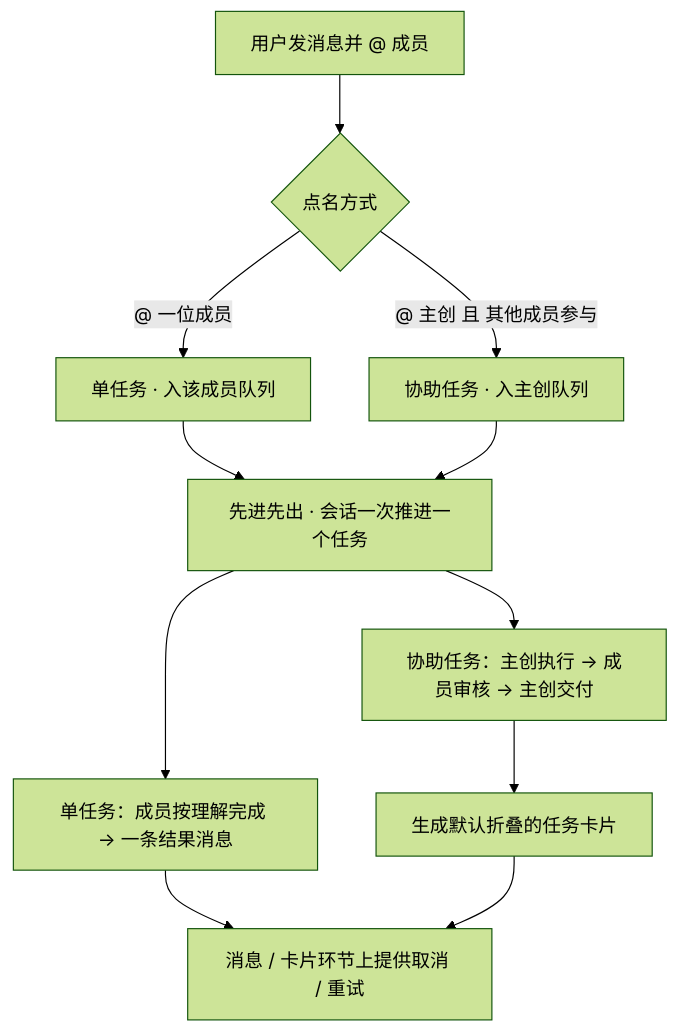
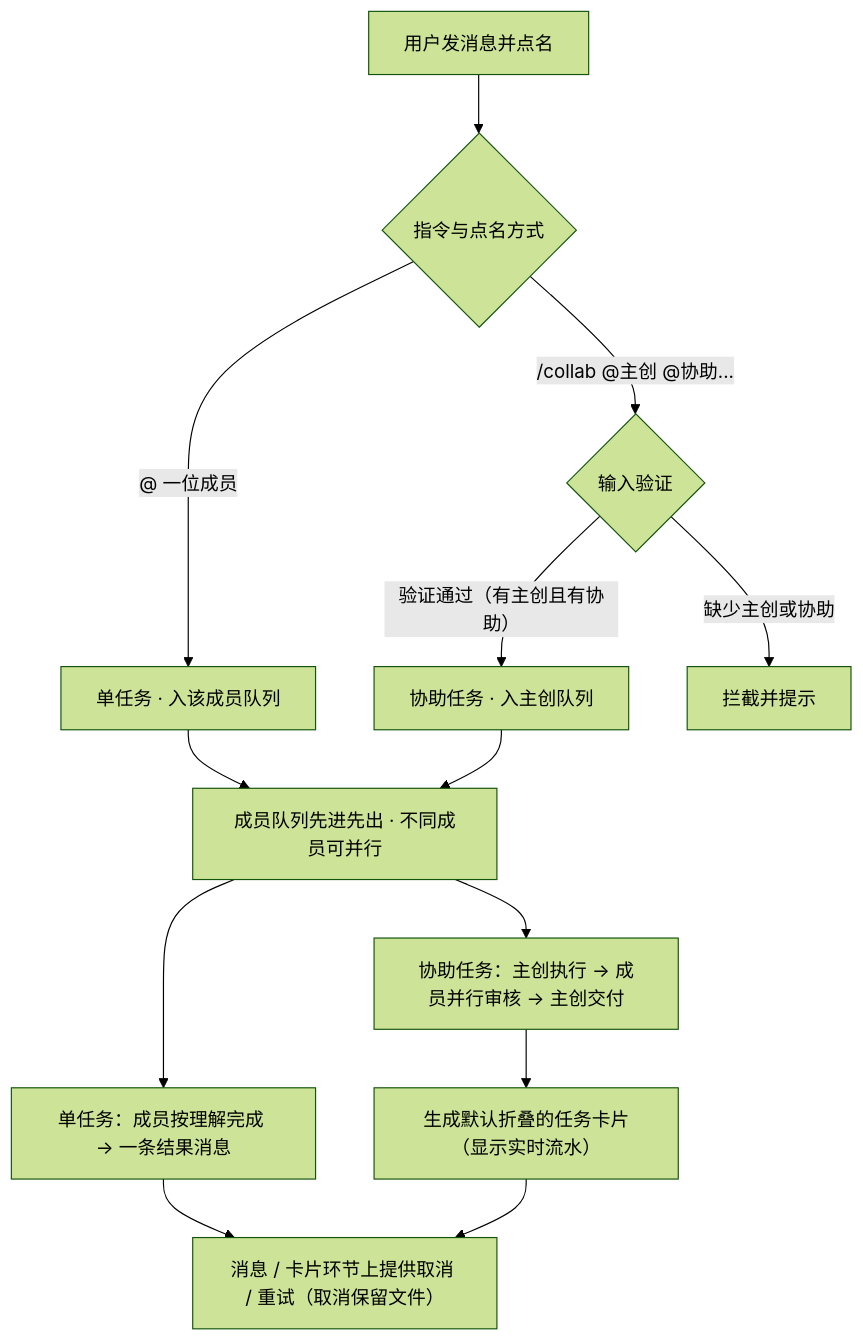
Before and after one commit to BinaryAlan/ai-atelier: the first of 2 diagrams in docs/task-review-protocol.md, drawn with Mermaid (forest theme). The commit also changed other lines of this file, not shown here.

Commit message:
docs: refine task review protocol with /collab validation, parallel member queues, and workspace panel

````diff
--- a/docs/task-review-protocol.md
+++ b/docs/task-review-protocol.md
@@ -240,13 +241,15 @@
 ```mermaid
 flowchart TD
-    U["用户发消息并 @ 成员"] --> T{"点名方式"}
+    U["用户发消息并点名"] --> T{"指令与点名方式"}
     T -->|"@ 一位成员"| S["单任务 · 入该成员队列"]
-    T -->|"@ 主创 且 其他成员参与"| C["协助任务 · 入主创队列"]
-    S --> Q["先进先出 · 会话一次推进一个任务"]
-    C --> Q
+    T -->|"/collab @主创 @协助..."| C{"输入验证"}
+    C -->|"验证通过（有主创且有协助）"| CQ["协助任务 · 入主创队列"]
+    C -->|"缺少主创或协助"| CE["拦截并提示"]
+    S --> Q["成员队列先进先出 · 不同成员可并行"]
+    CQ --> Q
     Q --> S1["单任务：成员按理解完成 → 一条结果消息"]
-    Q --> C1["协助任务：主创执行 → 成员审核 → 主创交付"]
-    C1 --> K["生成默认折叠的任务卡片"]
-    S1 --> M["消息 / 卡片环节上提供取消 / 重试"]
+    Q --> C1["协助任务：主创执行 → 成员并行审核 → 主创交付"]
+    C1 --> K["生成默认折叠的任务卡片（显示实时流水）"]
+    S1 --> M["消息 / 卡片环节上提供取消 / 重试（取消保留文件）"]
     K --> M
 ```
````
